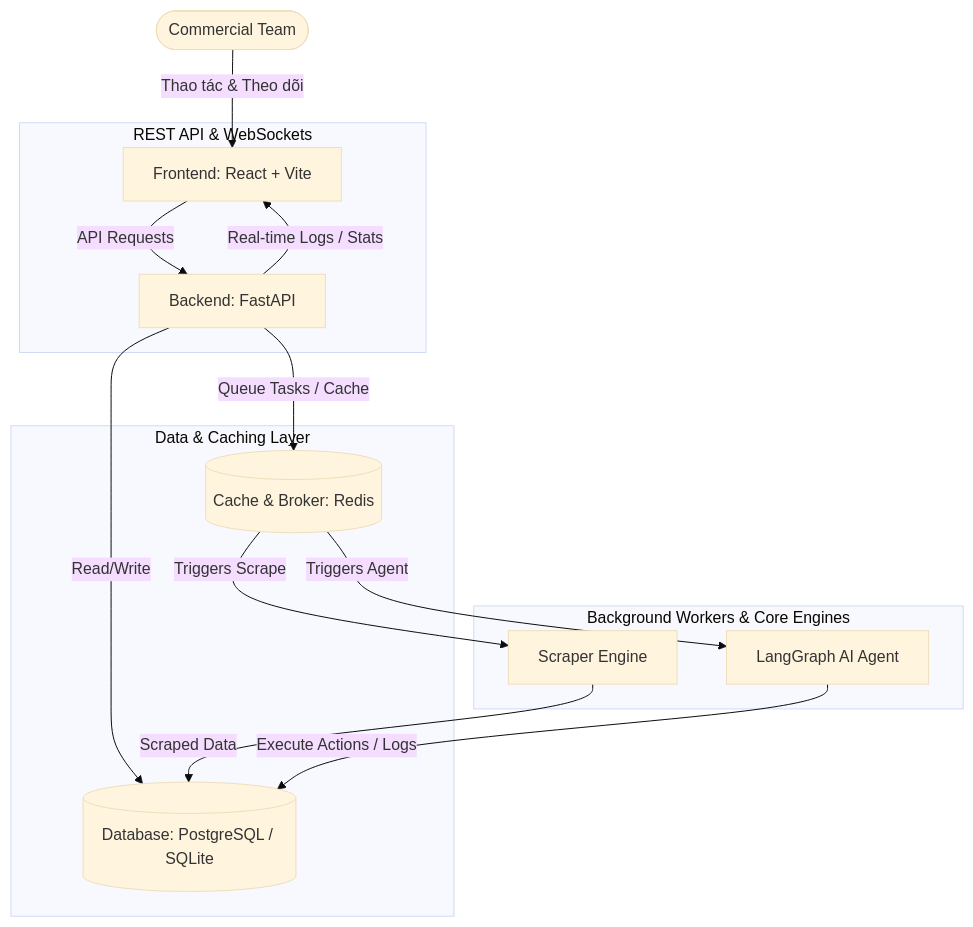
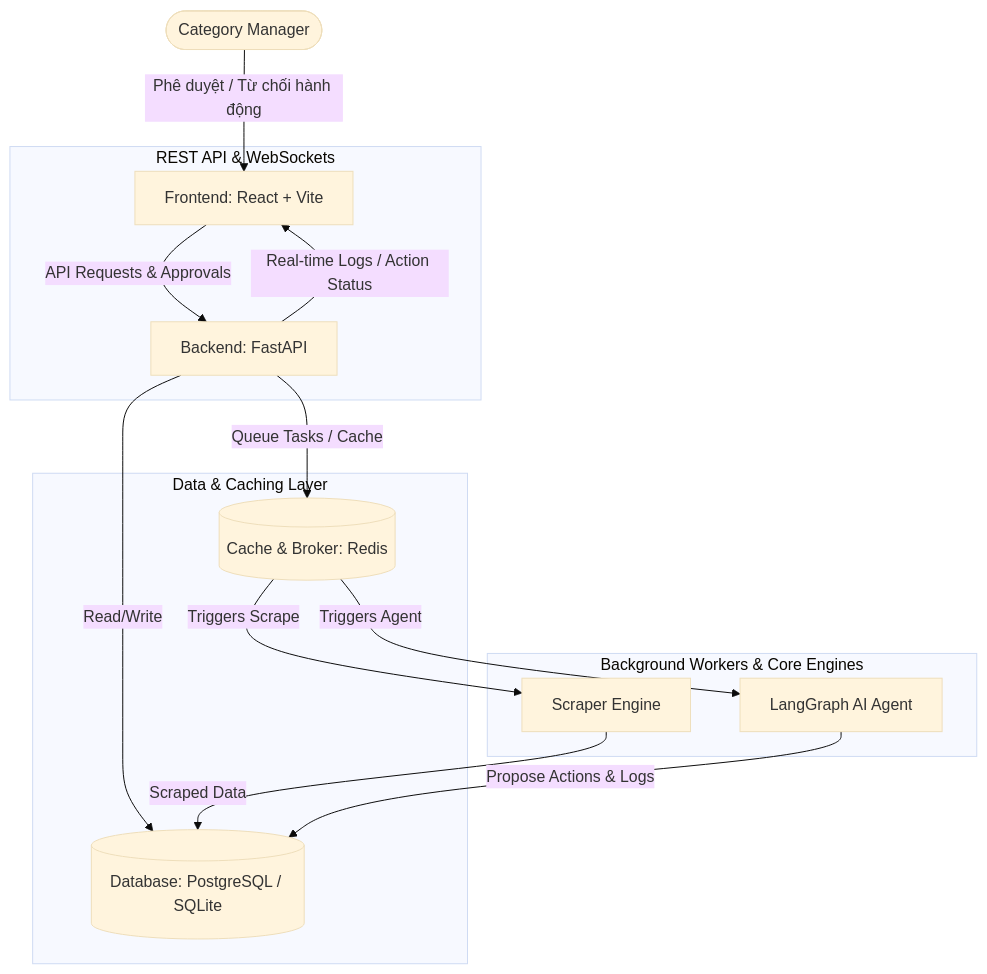
The first of 2 diagrams in README.md (CHIVY2005/P3_TRACK-DETAIL-AND-HOSPILALITY), drawn with Mermaid (base theme) before and after one commit. The commit also changed other lines of this file, not shown here.

Commit message:
Update README.md to document Human-in-the-Loop (HITL) approval queue and sequence workflows

````diff
--- a/README.md
+++ b/README.md
@@ -12,22 +12,22 @@
 ```mermaid
 graph TD
-    User([Commercial Team]) -->|Thao tác & Theo dõi| FE[Frontend: React + Vite]
+    User([Category Manager]) -->|Phê duyệt / Từ chối hành động| FE[Frontend: React + Vite]
     
     subgraph REST API & WebSockets
-        FE -->|API Requests| BE[Backend: FastAPI]
-        BE -->|Real-time Logs / Stats| FE
+        FE -->|API Requests & Approvals| BE[Backend: FastAPI]
+        BE -->|Real-time Logs / Action Status| FE
     end
 
     subgraph Data & Caching Layer
         BE -->|Read/Write| DB[(Database: PostgreSQL / SQLite)]
         BE -->|Queue Tasks / Cache| Cache[(Cache & Broker: Redis)]
     end
 
     subgraph Background Workers & Core Engines
         Cache -->|Triggers Scrape| Scraper[Scraper Engine]
         Cache -->|Triggers Agent| Agent[LangGraph AI Agent]
     end
 
     Scraper -->|Scraped Data| DB
-    Agent -->|Execute Actions / Logs| DB
+    Agent -->|Propose Actions & Logs| DB
 ```
````
